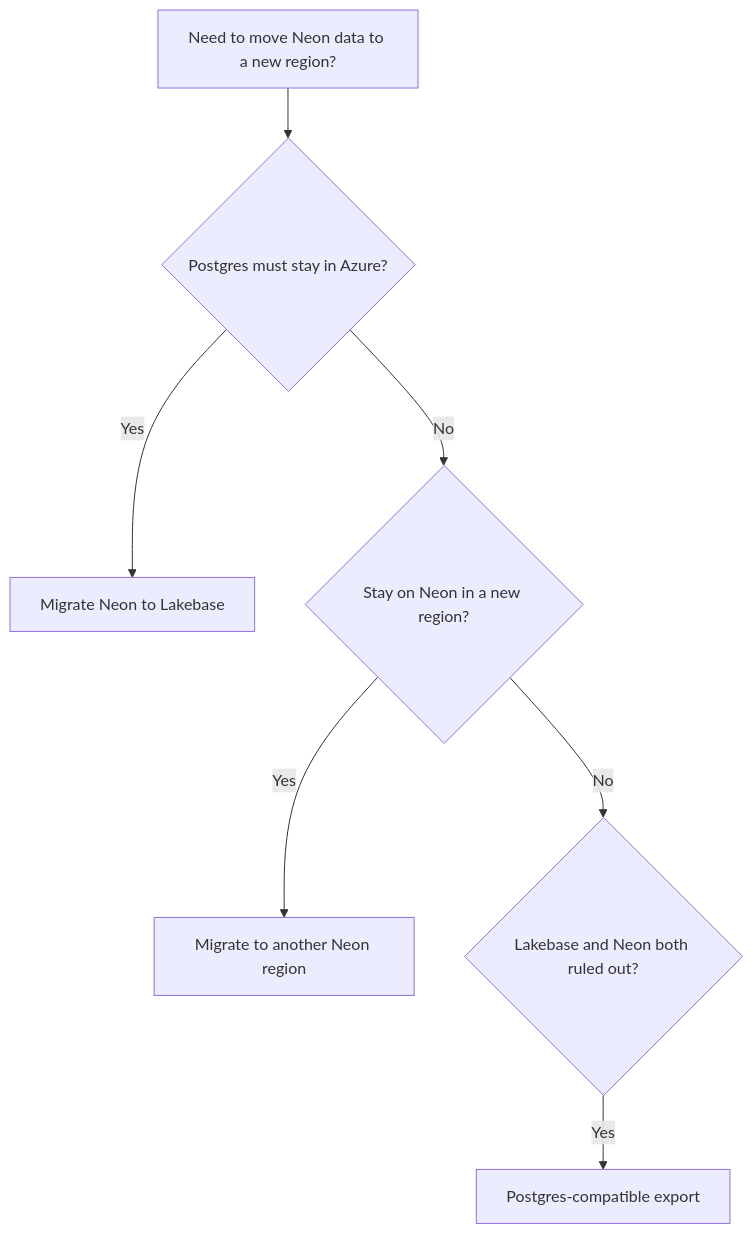
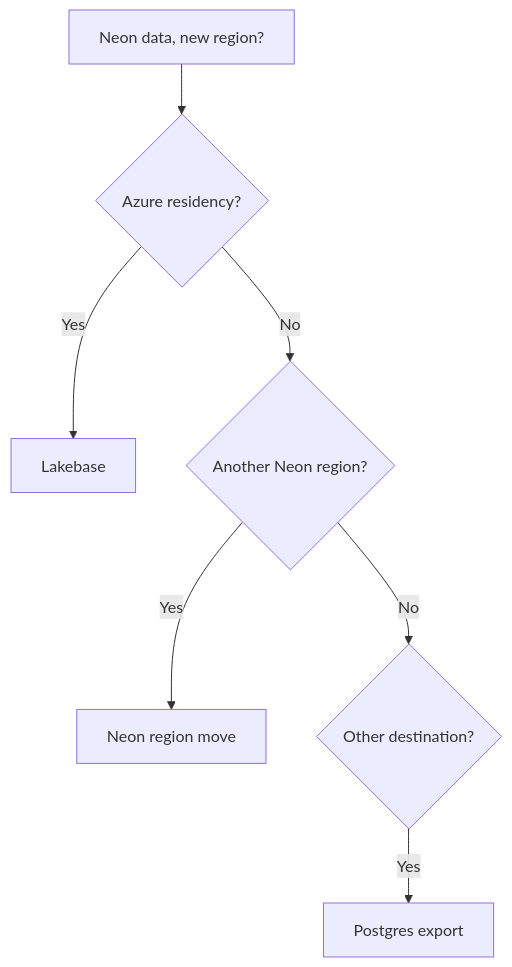
Before and after one commit to dhanushreddy291/neon-website: the diagram in content/docs/import/region-migration.md, drawn with Mermaid. The commit also changed other lines of this file, not shown here.

Commit message:
revisions

````diff
--- a/content/docs/import/region-migration.md
+++ b/content/docs/import/region-migration.md
@@ -33,17 +33,17 @@
 ```mermaid
 flowchart TD
-  start["Need to move Neon data to a new region?"]
-  q1{"Postgres must stay in Azure?"}
-  lake["Migrate Neon to Lakebase"]
-  q2{"Stay on Neon in a new region?"}
-  neon["Migrate to another Neon region"]
-  q3{"Lakebase and Neon both ruled out?"}
-  exp["Postgres-compatible export"]
+  start["Neon data, new region?"]
+  q1{"Azure residency?"}
+  lake["Lakebase"]
+  q2{"Another Neon region?"}
+  neon["Neon region move"]
+  q3{"Other destination?"}
+  exp["Postgres export"]
 
   start --> q1
   q1 -->|Yes| lake
   q1 -->|No| q2
   q2 -->|Yes| neon
   q2 -->|No| q3
   q3 -->|Yes| exp
 ```
````
